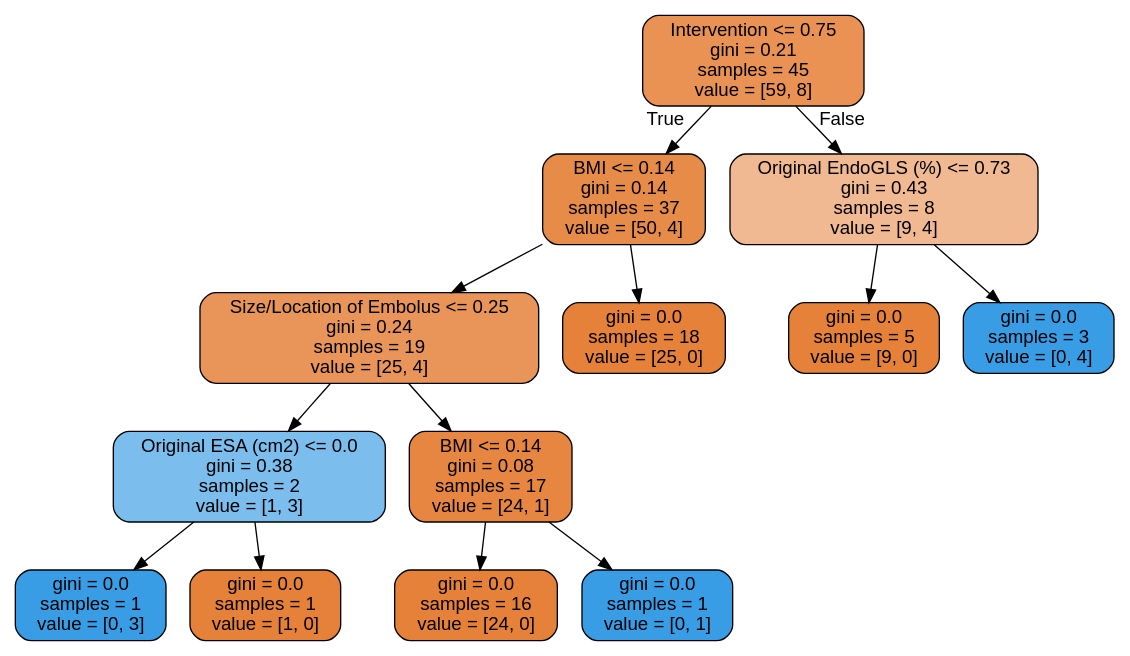
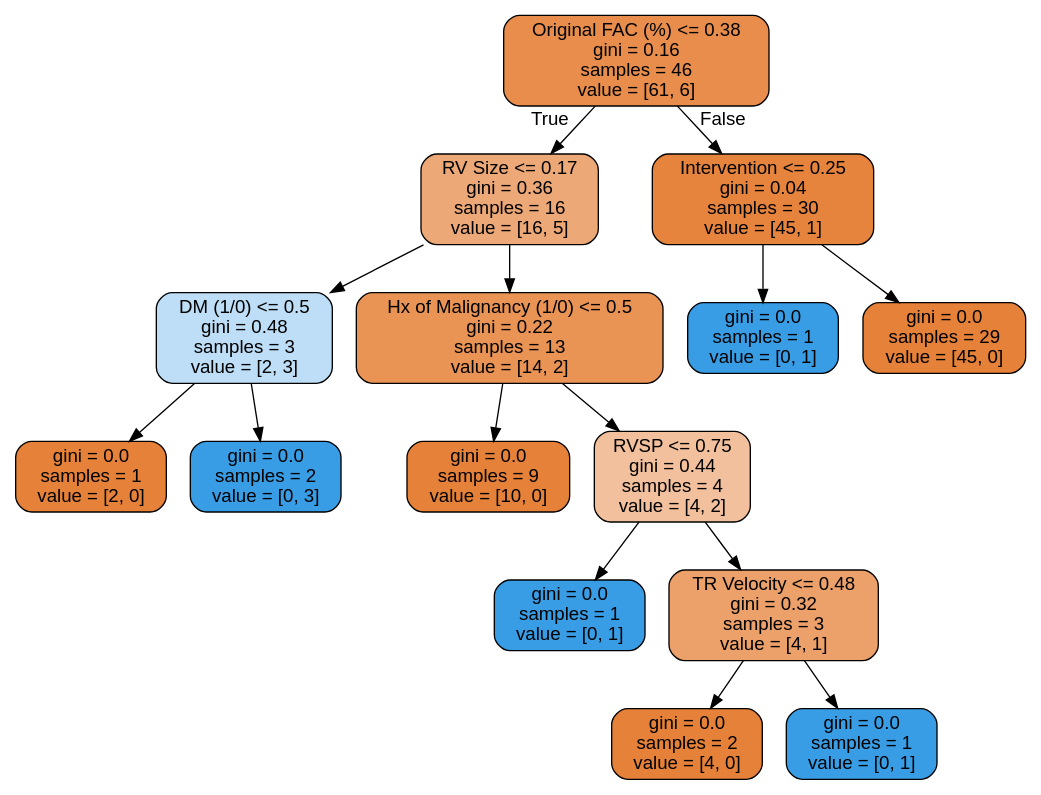
Before and after one commit to nitro41992/cs634-final-project: the diagram in tree.dot, drawn with Graphviz. The commit also changed 2 other files, not shown here.

```diff
--- a/tree.dot
+++ b/tree.dot
@@ -1,29 +1,33 @@
 digraph Tree {
 node [shape=box, style="filled, rounded", color="black", fontname=helvetica] ;
 edge [fontname=helvetica] ;
-0 [label="Intervention <= 0.75\ngini = 0.21\nsamples = 45\nvalue = [59, 8]", fillcolor="#e99254"] ;
-1 [label="BMI <= 0.14\ngini = 0.14\nsamples = 37\nvalue = [50, 4]", fillcolor="#e78b49"] ;
+0 [label=" Original FAC (%) <= 0.38\ngini = 0.16\nsamples = 46\nvalue = [61, 6]", fillcolor="#e88d4c"] ;
+1 [label="RV Size <= 0.17\ngini = 0.36\nsamples = 16\nvalue = [16, 5]", fillcolor="#eda877"] ;
 0 -> 1 [labeldistance=2.5, labelangle=45, headlabel="True"] ;
-2 [label="Size/Location of Embolus <= 0.25\ngini = 0.24\nsamples = 19\nvalue = [25, 4]", fillcolor="#e99559"] ;
+2 [label="DM (1/0) <= 0.5\ngini = 0.48\nsamples = 3\nvalue = [2, 3]", fillcolor="#bddef6"] ;
 1 -> 2 ;
-3 [label="Original ESA (cm2) <= 0.0\ngini = 0.38\nsamples = 2\nvalue = [1, 3]", fillcolor="#7bbeee"] ;
+3 [label="gini = 0.0\nsamples = 1\nvalue = [2, 0]", fillcolor="#e58139"] ;
 2 -> 3 ;
-4 [label="gini = 0.0\nsamples = 1\nvalue = [0, 3]", fillcolor="#399de5"] ;
-3 -> 4 ;
-5 [label="gini = 0.0\nsamples = 1\nvalue = [1, 0]", fillcolor="#e58139"] ;
-3 -> 5 ;
-6 [label="BMI <= 0.14\ngini = 0.08\nsamples = 17\nvalue = [24, 1]", fillcolor="#e68641"] ;
-2 -> 6 ;
-7 [label="gini = 0.0\nsamples = 16\nvalue = [24, 0]", fillcolor="#e58139"] ;
-6 -> 7 ;
+4 [label="gini = 0.0\nsamples = 2\nvalue = [0, 3]", fillcolor="#399de5"] ;
+2 -> 4 ;
+5 [label="Hx of Malignancy (1/0) <= 0.5\ngini = 0.22\nsamples = 13\nvalue = [14, 2]", fillcolor="#e99355"] ;
+1 -> 5 ;
+6 [label="gini = 0.0\nsamples = 9\nvalue = [10, 0]", fillcolor="#e58139"] ;
+5 -> 6 ;
+7 [label="RVSP <= 0.75\ngini = 0.44\nsamples = 4\nvalue = [4, 2]", fillcolor="#f2c09c"] ;
+5 -> 7 ;
 8 [label="gini = 0.0\nsamples = 1\nvalue = [0, 1]", fillcolor="#399de5"] ;
-6 -> 8 ;
-9 [label="gini = 0.0\nsamples = 18\nvalue = [25, 0]", fillcolor="#e58139"] ;
-1 -> 9 ;
-10 [label="Original EndoGLS (%) <= 0.73\ngini = 0.43\nsamples = 8\nvalue = [9, 4]", fillcolor="#f1b991"] ;
-0 -> 10 [labeldistance=2.5, labelangle=-45, headlabel="False"] ;
-11 [label="gini = 0.0\nsamples = 5\nvalue = [9, 0]", fillcolor="#e58139"] ;
-10 -> 11 ;
-12 [label="gini = 0.0\nsamples = 3\nvalue = [0, 4]", fillcolor="#399de5"] ;
-10 -> 12 ;
+7 -> 8 ;
+9 [label="TR Velocity <= 0.48\ngini = 0.32\nsamples = 3\nvalue = [4, 1]", fillcolor="#eca06a"] ;
+7 -> 9 ;
+10 [label="gini = 0.0\nsamples = 2\nvalue = [4, 0]", fillcolor="#e58139"] ;
+9 -> 10 ;
+11 [label="gini = 0.0\nsamples = 1\nvalue = [0, 1]", fillcolor="#399de5"] ;
+9 -> 11 ;
+12 [label="Intervention <= 0.25\ngini = 0.04\nsamples = 30\nvalue = [45, 1]", fillcolor="#e6843d"] ;
+0 -> 12 [labeldistance=2.5, labelangle=-45, headlabel="False"] ;
+13 [label="gini = 0.0\nsamples = 1\nvalue = [0, 1]", fillcolor="#399de5"] ;
+12 -> 13 ;
+14 [label="gini = 0.0\nsamples = 29\nvalue = [45, 0]", fillcolor="#e58139"] ;
+12 -> 14 ;
 }
```
